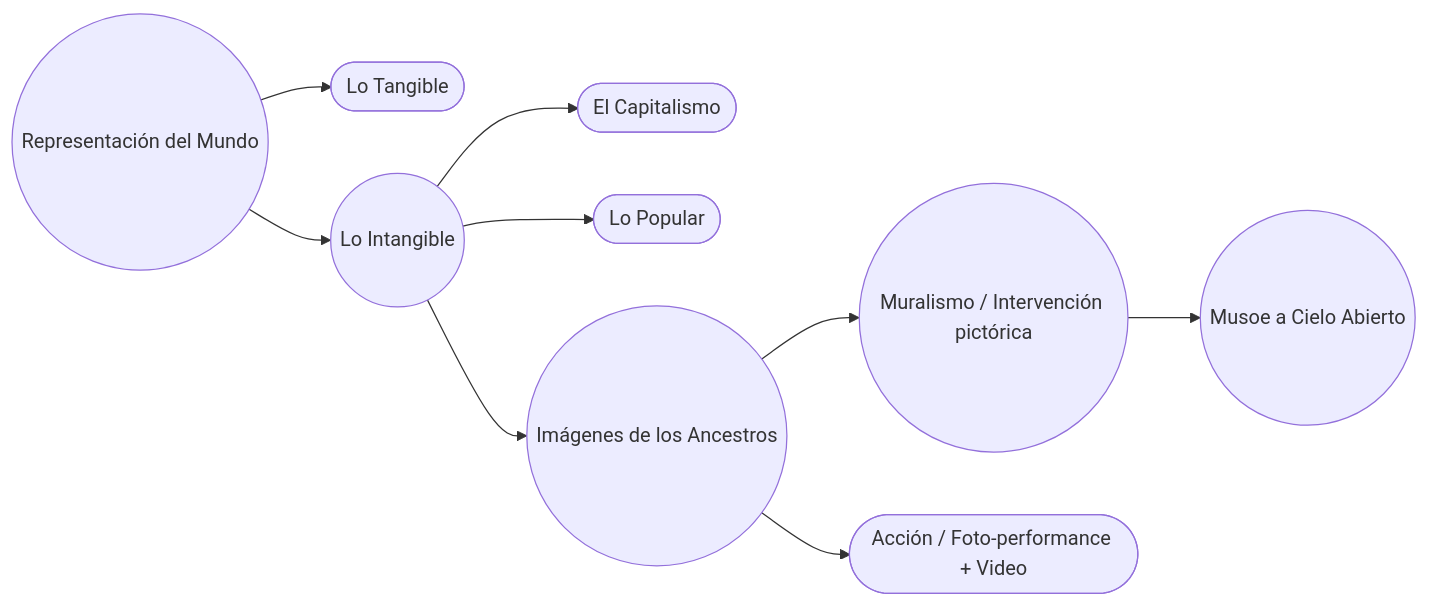
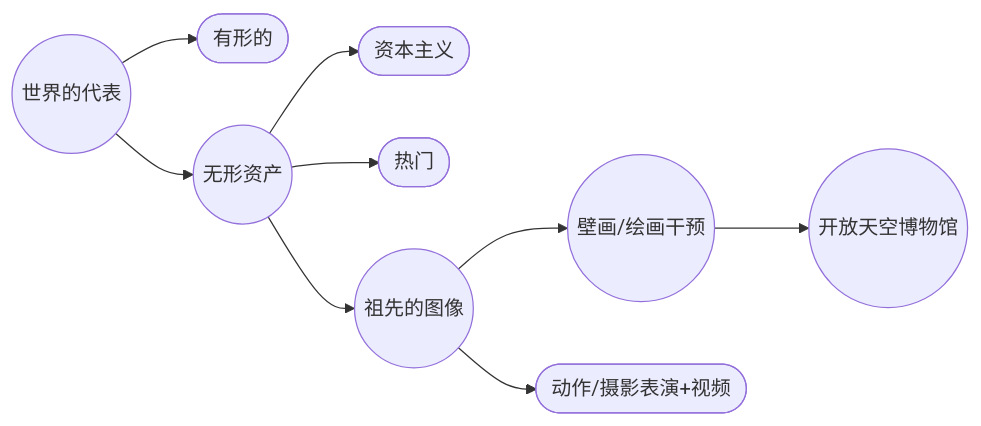
Before and after one commit to EGGS-Artesvisuales/EGGS-Artesvisuales.github.io: the diagram in CHN/musoe-a-cielo-abierto.md, drawn with Mermaid. The commit also changed other lines of this file and 43 other files, not shown here.

```diff
--- a/CHN/musoe-a-cielo-abierto.md
+++ b/CHN/musoe-a-cielo-abierto.md
@@ -28,30 +28,30 @@
 <div class="mermaid">
 flowchart LR
   %% Página: Representación del Mundo
   %% Regla visual:
-  %% - Ruta activa (nodos tocados): ((redondos))
-  %% - Hermanos / ramas fuera de ruta: ([redondeados-rectangulares])
+  %% - Ruta activa (触及的节点): ((圆形的))
+  %% - Hermanos / ramas fuera de ruta: ([圆角矩形])
 
-  A((Representación del Mundo)) --> T([Lo Tangible])
-  A --> I((Lo Intangible))
+  A((世界的代表)) --> T([有形的])
+  A --> I((无形资产))
 
-  I --> C([El Capitalismo])
-  I --> P([Lo Popular])
-  I --> AN((Imágenes de los Ancestros))
+  I --> C([资本主义])
+  I --> P([热门])
+  I --> AN((祖先的图像))
 
-  AN --> AN_M((Muralismo / Intervención pictórica))
-  AN --> AN_A([Acción / Foto-performance + Video])
+  AN --> AN_M((壁画/绘画干预))
+  AN --> AN_A([动作/摄影表演+视频])
 
-  AN_M --> MCA((Musoe a Cielo Abierto))
+  AN_M --> MCA((开放天空博物馆))
 
-  %% Links (ES/)
-  click A "/CHN/mundo-exterior.html" "Ir a Representación del Mundo"
-  click T "/CHN/tangible.html" "Ir a Lo Tangible"
-  click I "/CHN/intangible.html" "Ir a Lo Intangible"
-  click C "/CHN/en-construccion.html" "En construcción"
-  click P "/CHN/en-construccion.html" "En construcción"
-  click AN "/CHN/imagenes-ancestros.html" "Ir a Imágenes de los Ancestros"
+  %% Links (是/)
+  click A "/CHN/mundo-exterior.html" "前往世界代表"
+  click T "/CHN/tangible.html" "走向有形"
+  click I "/CHN/intangible.html" "走向无形"
+  click C "/CHN/en-construccion.html" "建设中"
+  click P "/CHN/en-construccion.html" "建设中"
+  click AN "/CHN/imagenes-ancestros.html" "前往祖先画像"
 
-  click AN_A "/CHN/en-construccion.html" "En construcción"
-  click MCA "/CHN/musoe-a-cielo-abierto.html" "Ir a Musoe a Cielo Abierto"
+  click AN_A "/CHN/en-construccion.html" "建设中"
+  click MCA "/CHN/musoe-a-cielo-abierto.html" "前往开放天空博物馆"
 </div>
```
